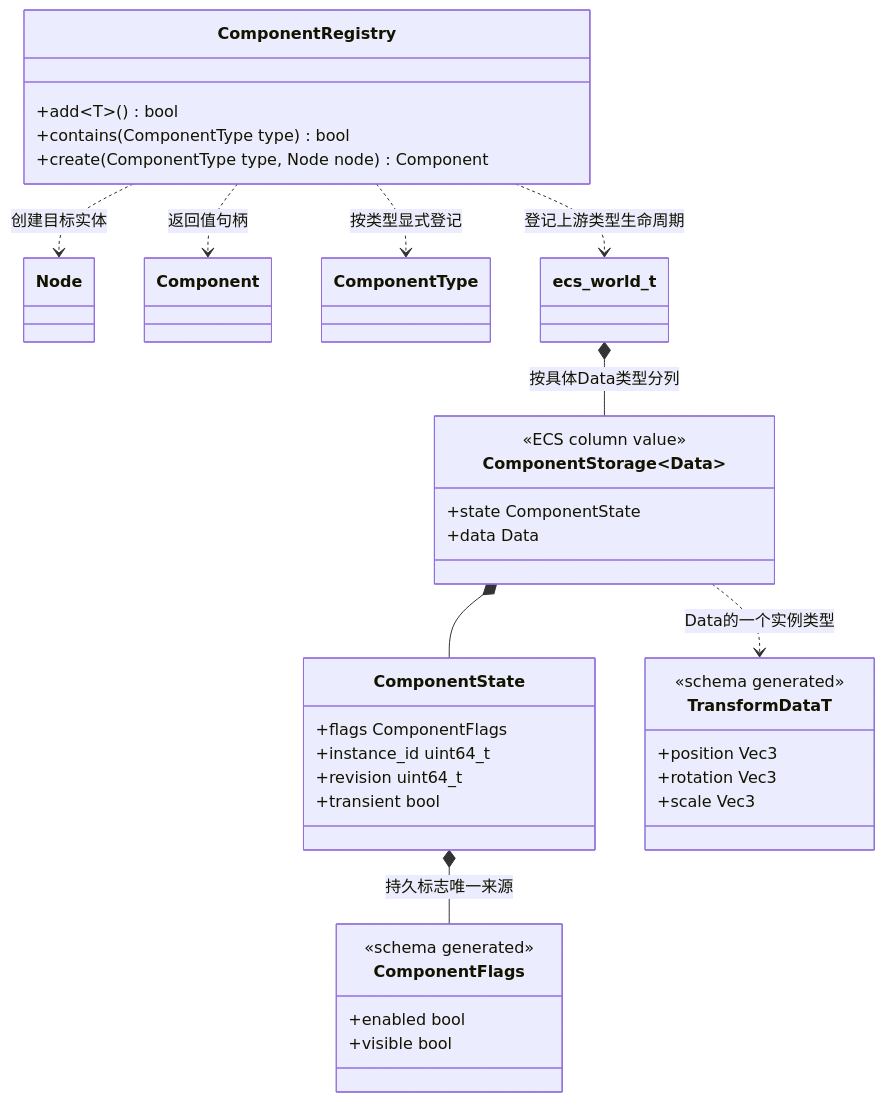
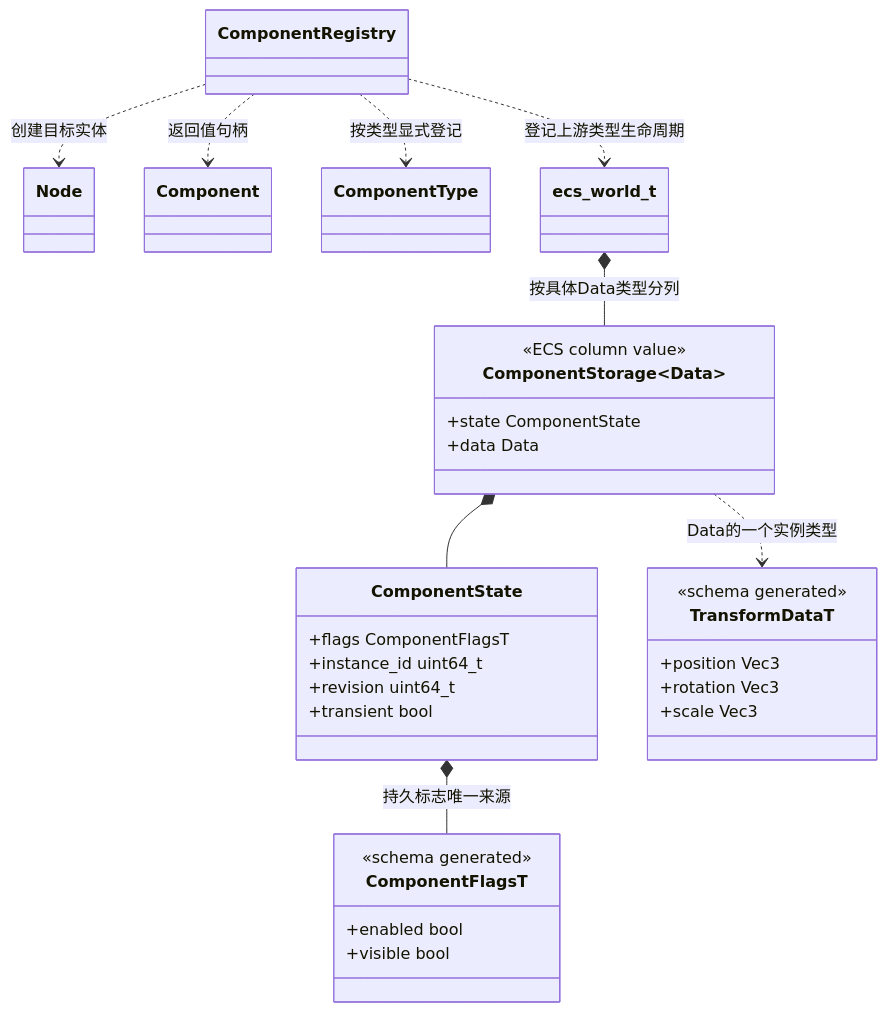
The third of 4 diagrams in docs/runtime/class-diagrams/ecs-scene.md (lcals/Engine), drawn with Mermaid before and after one commit. The commit also changed other lines of this file and 222 other files, not shown here.

Commit message:
Consolidate editor asset imports and align architecture documentation

````diff
--- a/docs/runtime/class-diagrams/ecs-scene.md
+++ b/docs/runtime/class-diagrams/ecs-scene.md
@@ -144,43 +100,39 @@
 ```mermaid
 classDiagram
     direction TB
     class ComponentStorage~Data~ {
         <<ECS column value>>
         +state ComponentState
         +data Data
     }
     class ComponentState {
-        +flags ComponentFlags
+        +flags ComponentFlagsT
         +instance_id uint64_t
         +revision uint64_t
         +transient bool
     }
-    class ComponentFlags {
+    class ComponentFlagsT {
         <<schema generated>>
         +enabled bool
         +visible bool
     }
     class TransformDataT {
         <<schema generated>>
         +position Vec3
         +rotation Vec3
         +scale Vec3
     }
-    class ComponentRegistry {
-        +add~T~() bool
-        +contains(ComponentType type) bool
-        +create(ComponentType type, Node node) Component
-    }
+    class ComponentRegistry
     class Node
     class Component
     class ComponentType
     class ecs_world_t
     ecs_world_t *-- ComponentStorage : 按具体Data类型分列
     ComponentStorage *-- ComponentState
-    ComponentState *-- ComponentFlags : 持久标志唯一来源
+    ComponentState *-- ComponentFlagsT : 持久标志唯一来源
     ComponentStorage ..> TransformDataT : Data的一个实例类型
     ComponentRegistry ..> ecs_world_t : 登记上游类型生命周期
     ComponentRegistry ..> Node : 创建目标实体
     ComponentRegistry ..> Component : 返回值句柄
     ComponentRegistry ..> ComponentType : 按类型显式登记
 ```
````
